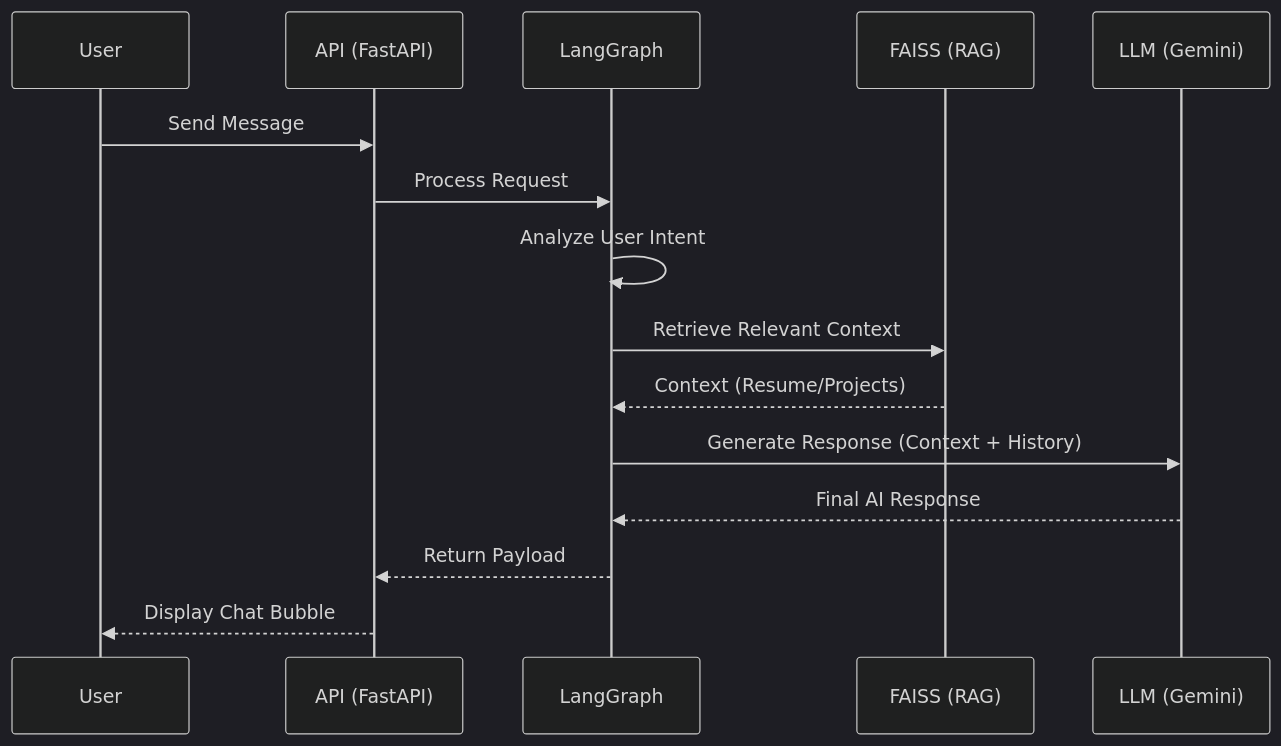
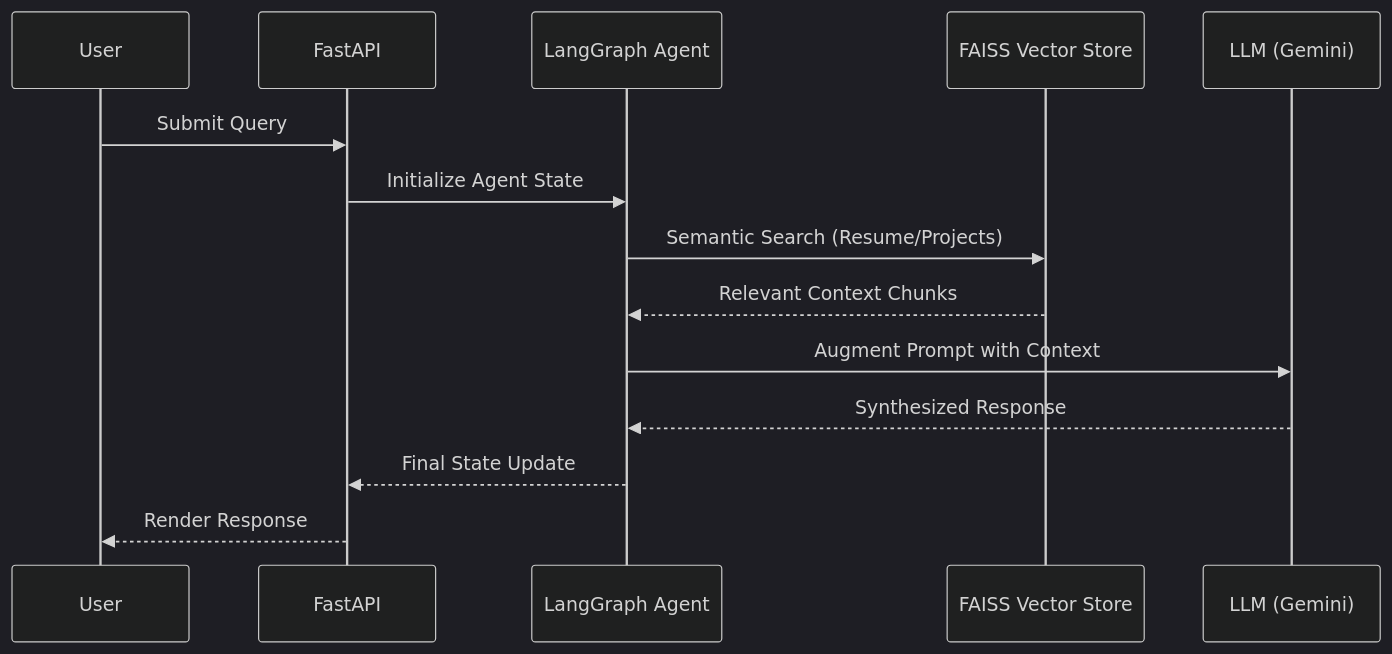
Before and after one commit to dagiteferi/ai-portfolio-platform: the second of 3 diagrams in README.md, drawn with Mermaid (dark theme). The commit also changed other lines of this file, not shown here.

````diff
--- a/README.md
+++ b/README.md
@@ -56,18 +76,17 @@
 ```mermaid
 sequenceDiagram
     participant U as User
-    participant A as API (FastAPI)
-    participant G as LangGraph
-    participant V as FAISS (RAG)
+    participant A as FastAPI
+    participant G as LangGraph Agent
+    participant V as FAISS Vector Store
     participant L as LLM (Gemini)
 
-    U->>A: Send Message
-    A->>G: Process Request
-    G->>G: Analyze User Intent
-    G->>V: Retrieve Relevant Context
-    V-->>G: Context (Resume/Projects)
-    G->>L: Generate Response (Context + History)
-    L-->>G: Final AI Response
-    G-->>A: Return Payload
-    A-->>U: Display Chat Bubble
+    U->>A: Submit Query
+    A->>G: Initialize Agent State
+    G->>V: Semantic Search (Resume/Projects)
+    V-->>G: Relevant Context Chunks
+    G->>L: Augment Prompt with Context
+    L-->>G: Synthesized Response
+    G-->>A: Final State Update
+    A-->>U: Render Response
 ```
````
